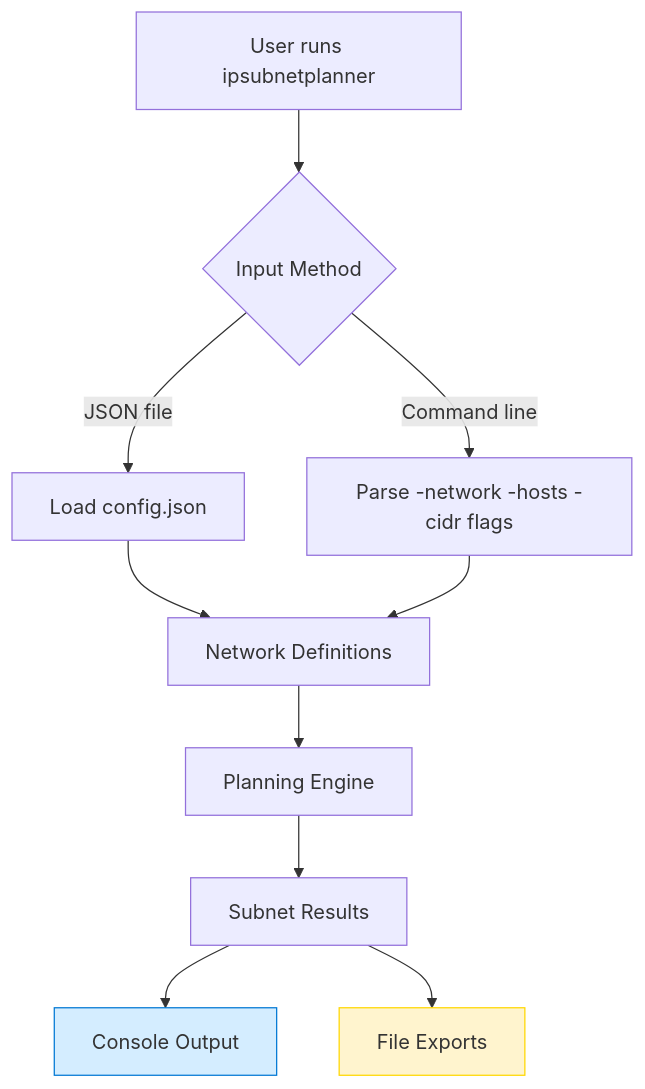
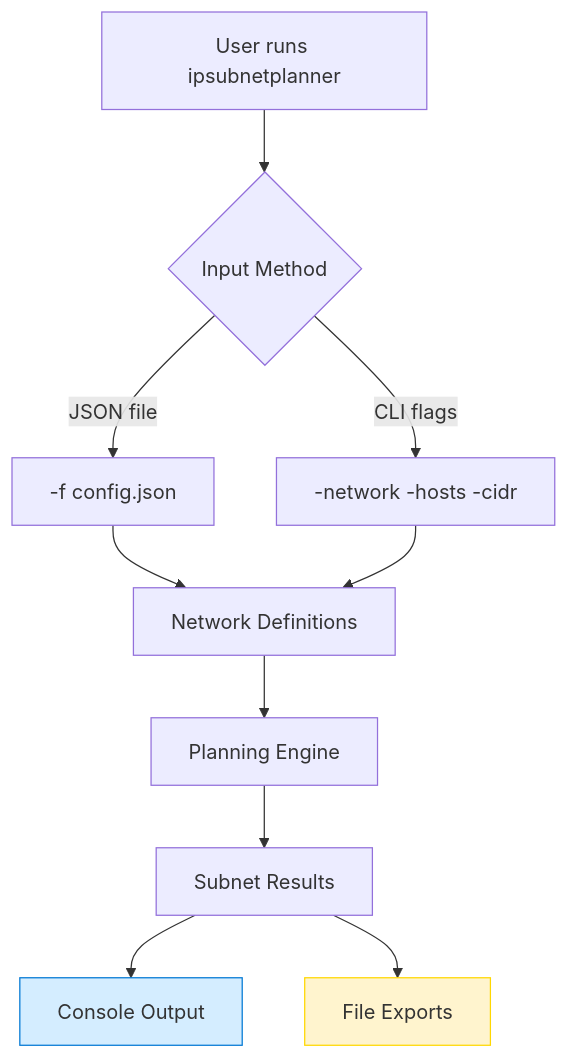
One commit to microsoft/IPSubnetPlanner changed the first of 3 diagrams in README.md. Above: the diagram before and after it, drawn with Mermaid. The commit also changed other lines of this file, not shown here.

````diff
--- a/README.md
+++ b/README.md
@@ -38,15 +38,15 @@
 ```mermaid
 flowchart TD
     A[User runs ipsubnetplanner] --> B{Input Method}
-    B -->|JSON file| C[Load config.json]
-    B -->|Command line| D[Parse -network -hosts -cidr flags]
+    B -->|JSON file| C[-f config.json]
+    B -->|CLI flags| D[-network -hosts -cidr]
     C --> E[Network Definitions]
     D --> E
     E --> F[Planning Engine]
     F --> G[Subnet Results]
     G --> H[Console Output]
     G --> I[File Exports]
     
     style H fill:#d4edff,stroke:#0078d4
     style I fill:#fff4ce,stroke:#ffd700
 ```
````
